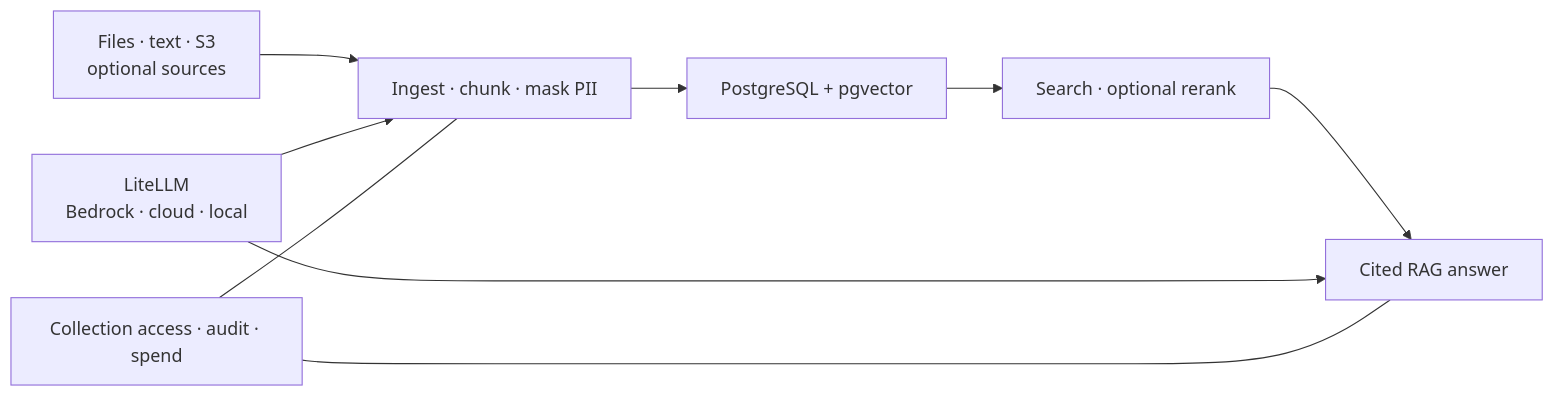
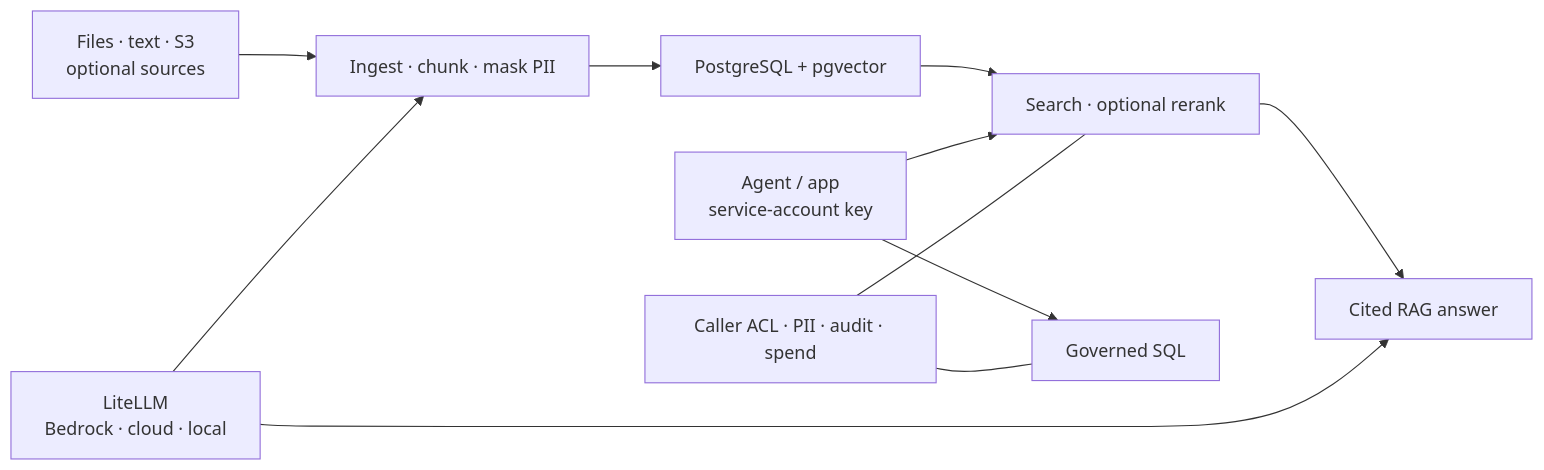
One commit to lukesgood/datapond changed the first of 2 diagrams in README.md. Above: the diagram before and after it, drawn with Mermaid. The commit also changed other lines of this file and 10 other files, not shown here.

First line of the commit message:
docs: positioning v6.0 — governed data tool server, fit audit, and gap-closure plans

````diff
--- a/README.md
+++ b/README.md
@@ -23,11 +26,13 @@
 ```mermaid
 flowchart LR
     SRC[Files · text · S3<br/>optional sources] --> ING[Ingest · chunk · mask PII]
     ING --> VEC[PostgreSQL + pgvector]
     VEC --> RET[Search · optional rerank]
     RET --> RAG[Cited RAG answer]
+    AGENT[Agent / app<br/>service-account key] --> RET
+    AGENT --> SQL[Governed SQL]
     GW[LiteLLM<br/>Bedrock · cloud · local] --> ING
     GW --> RAG
-    GOV[Collection access · audit · spend] --- ING
-    GOV --- RAG
+    GOV[Caller ACL · PII · audit · spend] --- RET
+    GOV --- SQL
 ```
````
